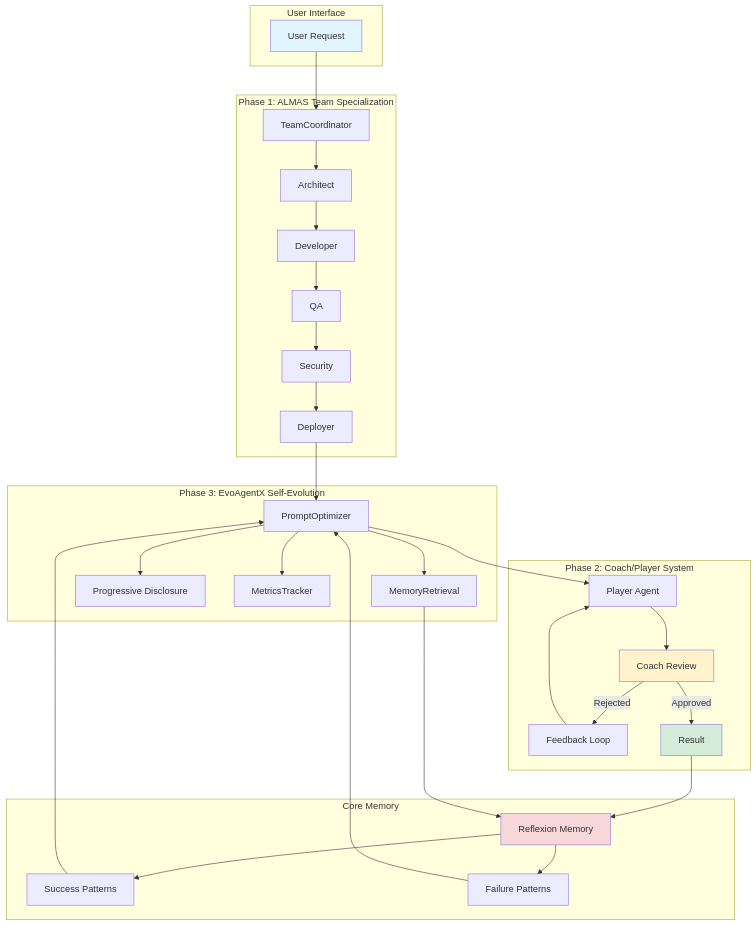
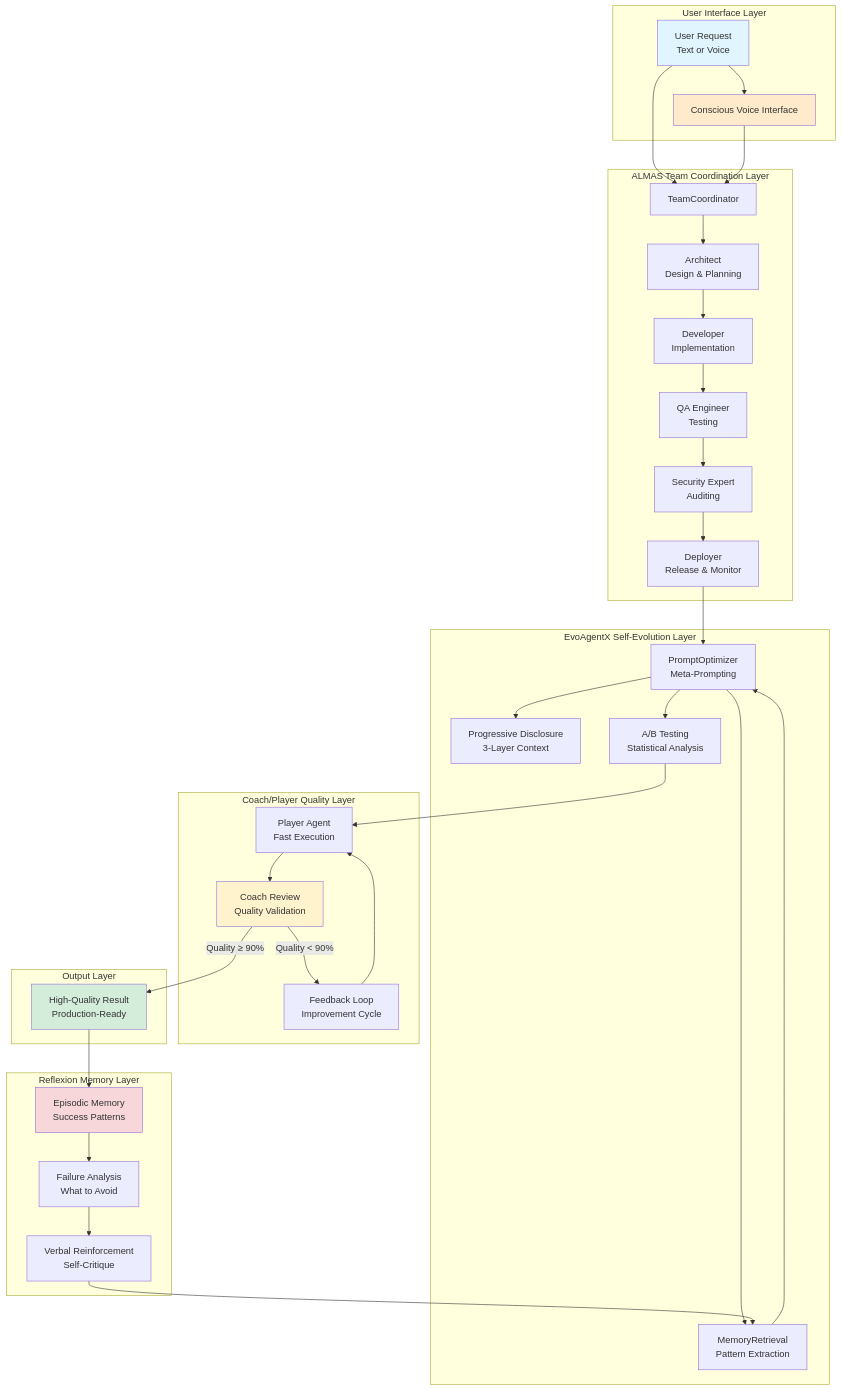
Before and after one commit to Ghenghis/Super-Goose: the third of 8 diagrams in README.md, drawn with Mermaid. The commit also changed other lines of this file, not shown here.

````diff
--- a/README.md
+++ b/README.md
@@ -82,57 +211,64 @@
 ```mermaid
 graph TB
-    subgraph "User Interface"
-        A[User Request]
+    subgraph "User Interface Layer"
+        A[User Request<br/>Text or Voice]
+        K[Conscious Voice Interface]
     end
 
-    subgraph "Phase 1: ALMAS Team Specialization"
+    subgraph "ALMAS Team Coordination Layer"
         B[TeamCoordinator]
-        C1[Architect]
-        C2[Developer]
-        C3[QA]
-        C4[Security]
-        C5[Deployer]
-        B --> C1 --> C2 --> C3 --> C4 --> C5
+        C1[Architect<br/>Design & Planning]
+        C2[Developer<br/>Implementation]
+        C3[QA Engineer<br/>Testing]
+        C4[Security Expert<br/>Auditing]
+        C5[Deployer<br/>Release & Monitor]
     end
 
-    subgraph "Phase 3: EvoAgentX Self-Evolution"
-        D[PromptOptimizer]
-        E[MemoryRetrieval]
-        F[Progressive Disclosure]
-        G[MetricsTracker]
-        D --> E
-        D --> F
-        D --> G
+    subgraph "EvoAgentX Self-Evolution Layer"
+        D[PromptOptimizer<br/>Meta-Prompting]
+        E[MemoryRetrieval<br/>Pattern Extraction]
+        F[Progressive Disclosure<br/>3-Layer Context]
+        G[A/B Testing<br/>Statistical Analysis]
     end
 
-    subgraph "Phase 2: Coach/Player System"
-        H[Player Agent]
-        I[Coach Review]
-        J[Feedback Loop]
-        H --> I
-        I -->|Rejected| J
-        J --> H
-        I -->|Approved| K[Result]
+    subgraph "Coach/Player Quality Layer"
+        H[Player Agent<br/>Fast Execution]
+        I[Coach Review<br/>Quality Validation]
+        J[Feedback Loop<br/>Improvement Cycle]
     end
 
-    subgraph "Core Memory"
-        L[Reflexion Memory]
-        M[Success Patterns]
-        N[Failure Patterns]
-        L --> M
-        L --> N
+    subgraph "Reflexion Memory Layer"
+        L[Episodic Memory<br/>Success Patterns]
+        M[Failure Analysis<br/>What to Avoid]
+        N[Verbal Reinforcement<br/>Self-Critique]
+    end
+
+    subgraph "Output Layer"
+        O[High-Quality Result<br/>Production-Ready]
     end
 
     A --> B
+    A --> K
+    K --> B
+    B --> C1 --> C2 --> C3 --> C4 --> C5
     C5 --> D
-    D --> H
-    K --> L
-    E --> L
-    M --> D
-    N --> D
+    D --> E
+    D --> F
+    D --> G
+    G --> H
+    H --> I
+    I -->|Quality ≥ 90%| O
+    I -->|Quality < 90%| J
+    J --> H
+    O --> L
+    L --> M
+    M --> N
+    N --> E
+    E --> D
 
     style A fill:#e1f5ff
-    style K fill:#d4edda
+    style K fill:#ffebcc
+    style O fill:#d4edda
     style I fill:#fff3cd
     style L fill:#f8d7da
 ```
````
